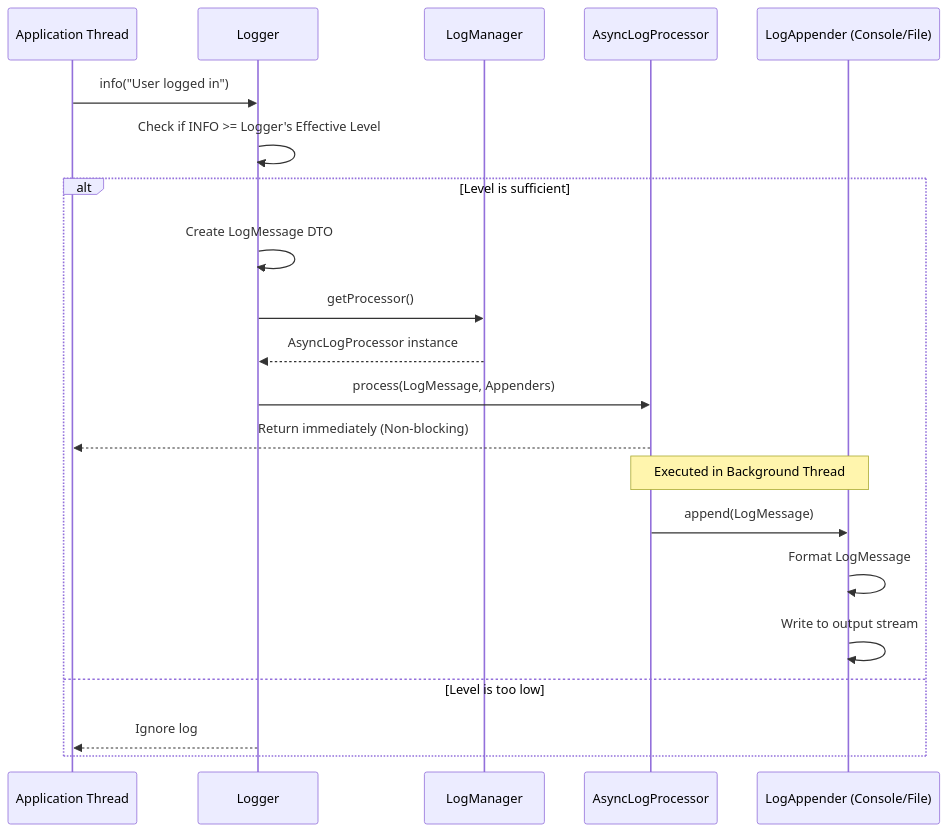
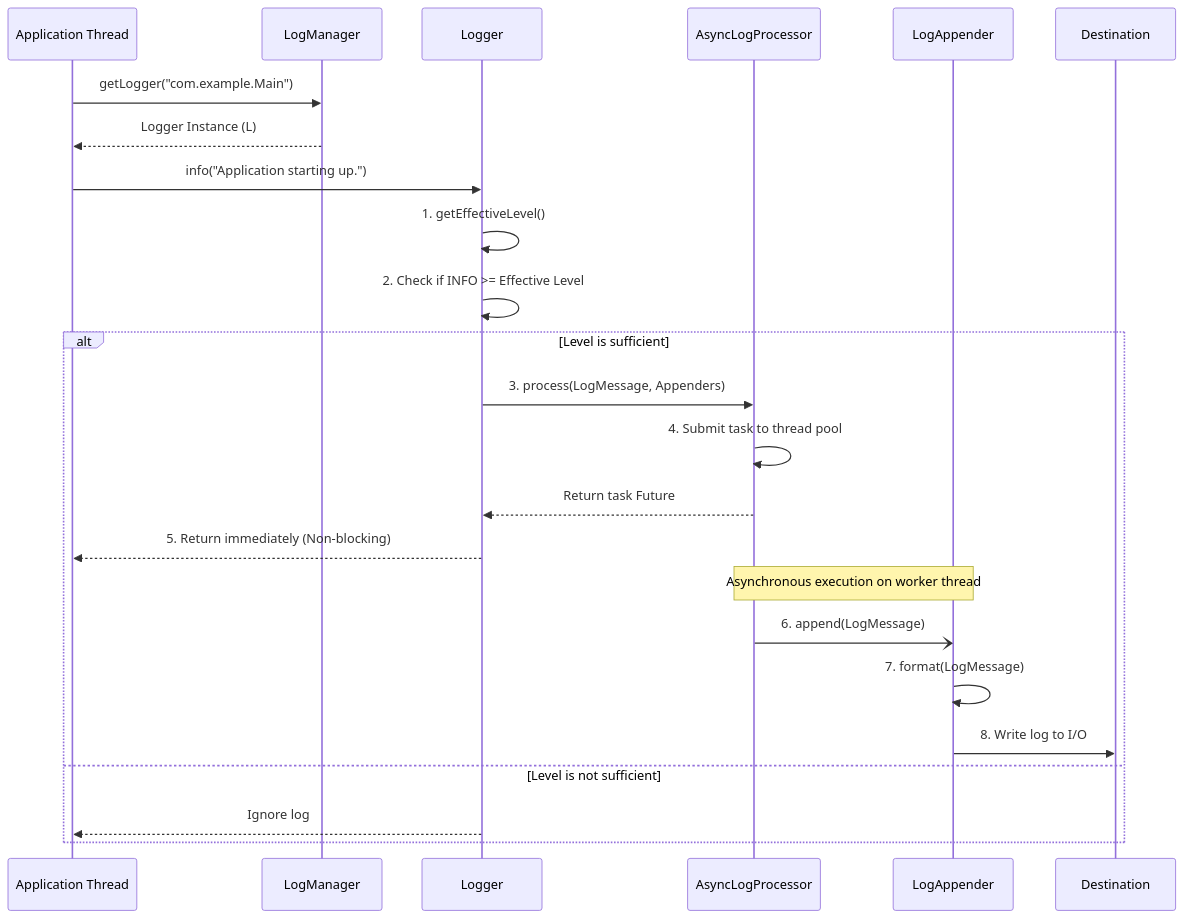
Before and after one commit to bhargavtenali/awesome-low-level-design: the second of 2 diagrams in solutions/java/src/loggingframework/logging-framework.md, drawn with Mermaid. The commit also changed other lines of this file and 1 other file, not shown here.

Commit message:
added new class diagrams

````diff
--- a/solutions/java/src/loggingframework/logging-framework.md
+++ b/solutions/java/src/loggingframework/logging-framework.md
@@ -52,25 +139,30 @@
 ```mermaid
 sequenceDiagram
     participant App as Application Thread
+    participant LM as LogManager
     participant L as Logger
-    participant M as LogManager
-    participant Async as AsyncLogProcessor
-    participant Appender as LogAppender (Console/File)
+    participant ALP as AsyncLogProcessor
+    participant A as LogAppender
 
-    App->>L: info("User logged in")
-    L->>L: Check if INFO >= Logger's Effective Level
+    App->>LM: getLogger("com.example.Main")
+    LM-->>App: Logger Instance (L)
+    App->>L: info("Application starting up.")
+    
+    L->>L: 1. getEffectiveLevel()
+    L->>L: 2. Check if INFO >= Effective Level
+    
     alt Level is sufficient
-        L->>L: Create LogMessage DTO
-        L->>M: getProcessor()
-        M-->>L: AsyncLogProcessor instance
-        L->>Async: process(LogMessage, Appenders)
-        Async-->>App: Return immediately (Non-blocking)
+        L->>ALP: 3. process(LogMessage, Appenders)
+        ALP->>ALP: 4. Submit task to thread pool
+        ALP-->>L: Return task Future
+        L-->>App: 5. Return immediately (Non-blocking)
         
-        Note over Async,Appender: Executed in Background Thread
-        Async->>Appender: append(LogMessage)
-        Appender->>Appender: Format LogMessage
-        Appender->>Appender: Write to output stream
-    else Level is too low
+        %% Asynchronous processing below
+        Note over ALP, A: Asynchronous execution on worker thread
+        ALP-)A: 6. append(LogMessage) 
+        A->>A: 7. format(LogMessage)
+        A->>Destination: 8. Write log to I/O
+    else Level is not sufficient
         L-->>App: Ignore log
     end
 ```
````
